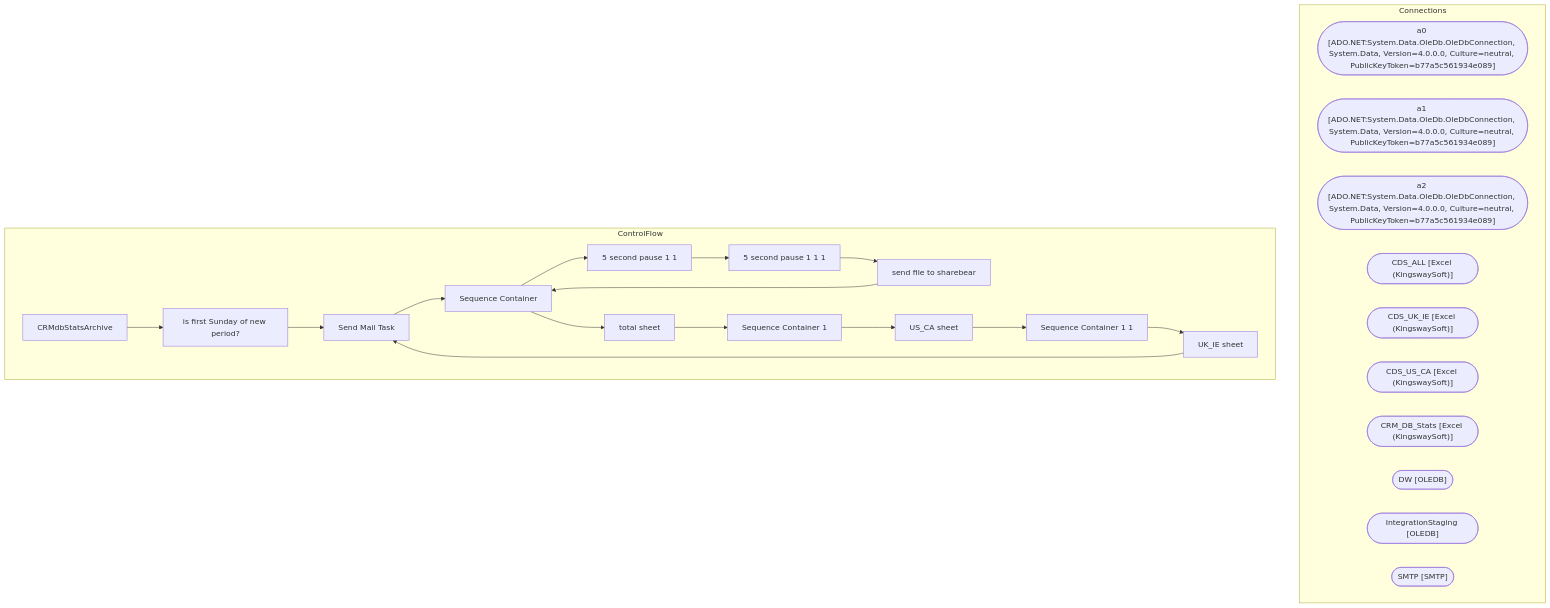
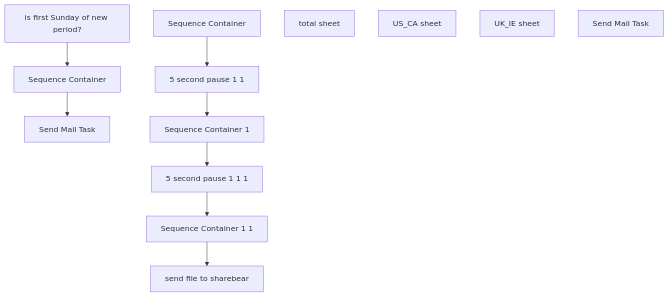
One commit to juanandresbrain/BABSkills changed the diagram in bab-docs-explorer/Documentation/STL-SSIS-P-01/SSIS/CRM/CRMdbStatsArchive.CRMdbStatsArchive.md. Above: the diagram before and after it, drawn with Mermaid. The commit also changed other lines of this file and 273 other files, not shown here.

````diff
--- a/bab-docs-explorer/Documentation/STL-SSIS-P-01/SSIS/CRM/CRMdbStatsArchive.CRMdbStatsArchive.md
+++ b/bab-docs-explorer/Documentation/STL-SSIS-P-01/SSIS/CRM/CRMdbStatsArchive.CRMdbStatsArchive.md
@@ -9,44 +61,23 @@
 ```mermaid
 flowchart TD
-    subgraph Connections
-        a0_conn(["a0 [ADO.NET:System.Data.OleDb.OleDbConnection, System.Data, Version=4.0.0.0, Culture=neutral, PublicKeyToken=b77a5c561934e089]"])
-        a1_conn(["a1 [ADO.NET:System.Data.OleDb.OleDbConnection, System.Data, Version=4.0.0.0, Culture=neutral, PublicKeyToken=b77a5c561934e089]"])
-        a2_conn(["a2 [ADO.NET:System.Data.OleDb.OleDbConnection, System.Data, Version=4.0.0.0, Culture=neutral, PublicKeyToken=b77a5c561934e089]"])
-        CDS_ALL_conn(["CDS_ALL [Excel (KingswaySoft)]"])
-        CDS_UK_IE_conn(["CDS_UK_IE [Excel (KingswaySoft)]"])
-        CDS_US_CA_conn(["CDS_US_CA [Excel (KingswaySoft)]"])
-        CRM_DB_Stats_conn(["CRM_DB_Stats [Excel (KingswaySoft)]"])
-        DW_conn(["DW [OLEDB]"])
-        IntegrationStaging_conn(["IntegrationStaging [OLEDB]"])
-        SMTP_conn(["SMTP [SMTP]"])
-    end
-    subgraph ControlFlow
-        CRMdbStatsArchive_task["CRMdbStatsArchive"]
-        is_first_Sunday_of_new_period__task["is first Sunday of new period?"]
-        CRMdbStatsArchive_task --> is_first_Sunday_of_new_period__task
-        Send_Mail_Task_task["Send Mail Task"]
-        is_first_Sunday_of_new_period__task --> Send_Mail_Task_task
-        Sequence_Container_task["Sequence Container"]
-        Send_Mail_Task_task --> Sequence_Container_task
-        5_second_pause_1_1_task["5 second pause 1 1"]
-        Sequence_Container_task --> 5_second_pause_1_1_task
-        5_second_pause_1_1_1_task["5 second pause 1 1 1"]
-        5_second_pause_1_1_task --> 5_second_pause_1_1_1_task
-        send_file_to_sharebear_task["send file to sharebear"]
-        5_second_pause_1_1_1_task --> send_file_to_sharebear_task
-        Sequence_Container_task["Sequence Container"]
-        send_file_to_sharebear_task --> Sequence_Container_task
-        total_sheet_task["total sheet"]
-        Sequence_Container_task --> total_sheet_task
-        Sequence_Container_1_task["Sequence Container 1"]
-        total_sheet_task --> Sequence_Container_1_task
-        US_CA_sheet_task["US_CA sheet"]
-        Sequence_Container_1_task --> US_CA_sheet_task
-        Sequence_Container_1_1_task["Sequence Container 1 1"]
-        US_CA_sheet_task --> Sequence_Container_1_1_task
-        UK_IE_sheet_task["UK_IE sheet"]
-        Sequence_Container_1_1_task --> UK_IE_sheet_task
-        Send_Mail_Task_task["Send Mail Task"]
-        UK_IE_sheet_task --> Send_Mail_Task_task
-    end
+    n_Package_is_first_Sunday_of_new_period_["is first Sunday of new period?"]
+    n_Package_Send_Mail_Task["Send Mail Task"]
+    n_Package_Sequence_Container["Sequence Container"]
+    n_Package_Sequence_Container_5_second_pause_1_1["5 second pause 1 1"]
+    n_Package_Sequence_Container_5_second_pause_1_1_1["5 second pause 1 1 1"]
+    n_Package_Sequence_Container_send_file_to_sharebear["send file to sharebear"]
+    n_Package_Sequence_Container_Sequence_Container["Sequence Container"]
+    n_Package_Sequence_Container_Sequence_Container_total_sheet["total sheet"]
+    n_Package_Sequence_Container_Sequence_Container_1["Sequence Container 1"]
+    n_Package_Sequence_Container_Sequence_Container_1_US_CA_sheet["US_CA sheet"]
+    n_Package_Sequence_Container_Sequence_Container_1_1["Sequence Container 1 1"]
+    n_Package_Sequence_Container_Sequence_Container_1_1_UK_IE_sheet["UK_IE sheet"]
+    n_Package_EventHandlers_OnError__Send_Mail_Task["Send Mail Task"]
+    n_Package_Sequence_Container_Sequence_Container --> n_Package_Sequence_Container_5_second_pause_1_1
+    n_Package_Sequence_Container_5_second_pause_1_1 --> n_Package_Sequence_Container_Sequence_Container_1
+    n_Package_Sequence_Container_Sequence_Container_1 --> n_Package_Sequence_Container_5_second_pause_1_1_1
+    n_Package_Sequence_Container_5_second_pause_1_1_1 --> n_Package_Sequence_Container_Sequence_Container_1_1
+    n_Package_Sequence_Container_Sequence_Container_1_1 --> n_Package_Sequence_Container_send_file_to_sharebear
+    n_Package_is_first_Sunday_of_new_period_ --> n_Package_Sequence_Container
+    n_Package_Sequence_Container --> n_Package_Send_Mail_Task
 ```
````
